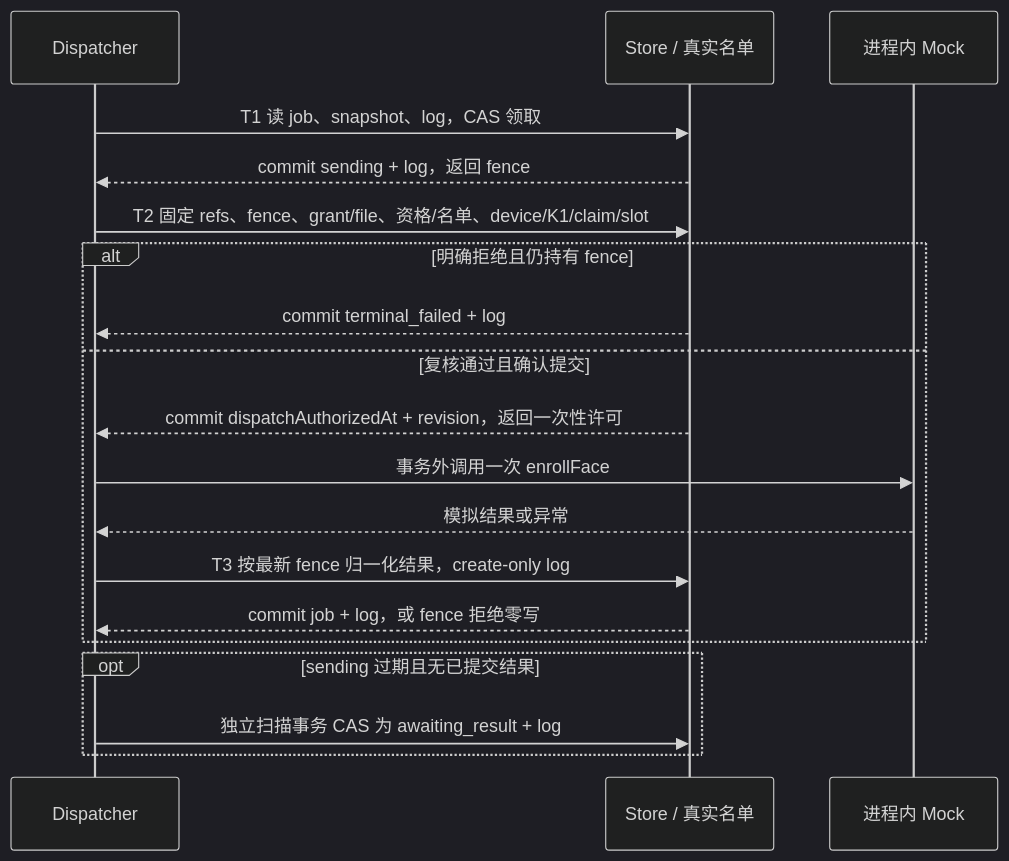
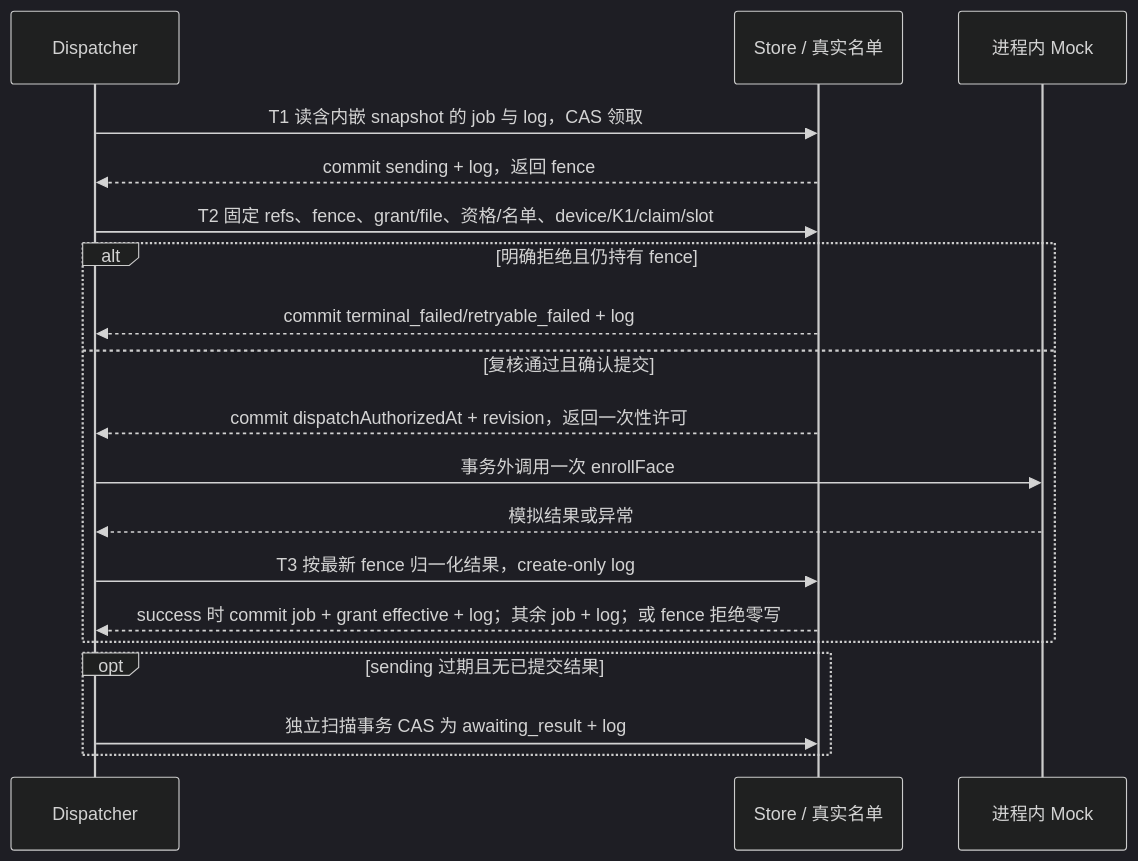
Before and after one commit to 1997dmsu-sketch/SMART-PM: the diagram in docs/tasks/HK-AI-04-H3-LEASE-DISPATCH-DESIGN.md, drawn with Mermaid (dark theme). The commit also changed other lines of this file, not shown here.

````diff
--- a/docs/tasks/HK-AI-04-H3-LEASE-DISPATCH-DESIGN.md
+++ b/docs/tasks/HK-AI-04-H3-LEASE-DISPATCH-DESIGN.md
@@ -120,21 +126,21 @@
 ```mermaid
 sequenceDiagram
     participant W as Dispatcher
     participant S as Store / 真实名单
     participant P as 进程内 Mock
-    W->>S: T1 读 job、snapshot、log，CAS 领取
+    W->>S: T1 读含内嵌 snapshot 的 job 与 log，CAS 领取
     S-->>W: commit sending + log，返回 fence
     W->>S: T2 固定 refs、fence、grant/file、资格/名单、device/K1/claim/slot
     alt 明确拒绝且仍持有 fence
-        S-->>W: commit terminal_failed + log
+        S-->>W: commit terminal_failed/retryable_failed + log
     else 复核通过且确认提交
         S-->>W: commit dispatchAuthorizedAt + revision，返回一次性许可
         W->>P: 事务外调用一次 enrollFace
         P-->>W: 模拟结果或异常
         W->>S: T3 按最新 fence 归一化结果，create-only log
-        S-->>W: commit job + log，或 fence 拒绝零写
+        S-->>W: success 时 commit job + grant effective + log；其余 job + log；或 fence 拒绝零写
     end
     opt sending 过期且无已提交结果
         W->>S: 独立扫描事务 CAS 为 awaiting_result + log
     end
 ```
````
